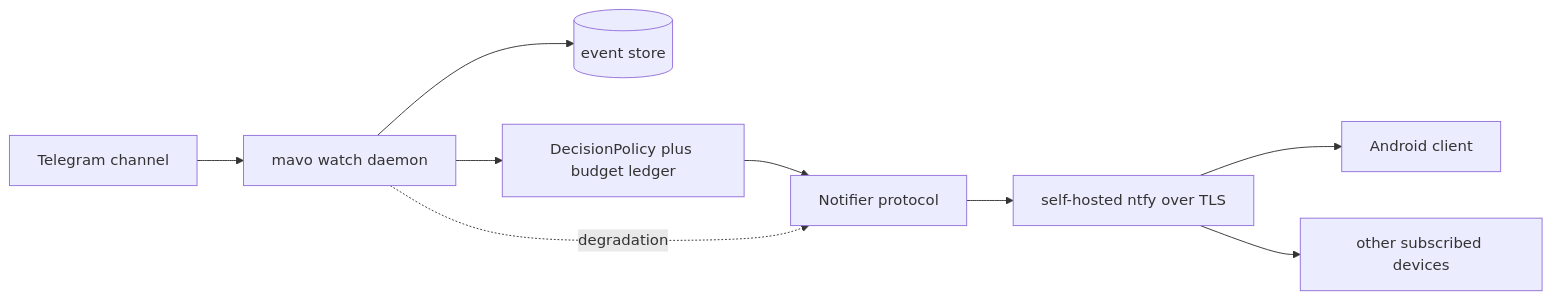
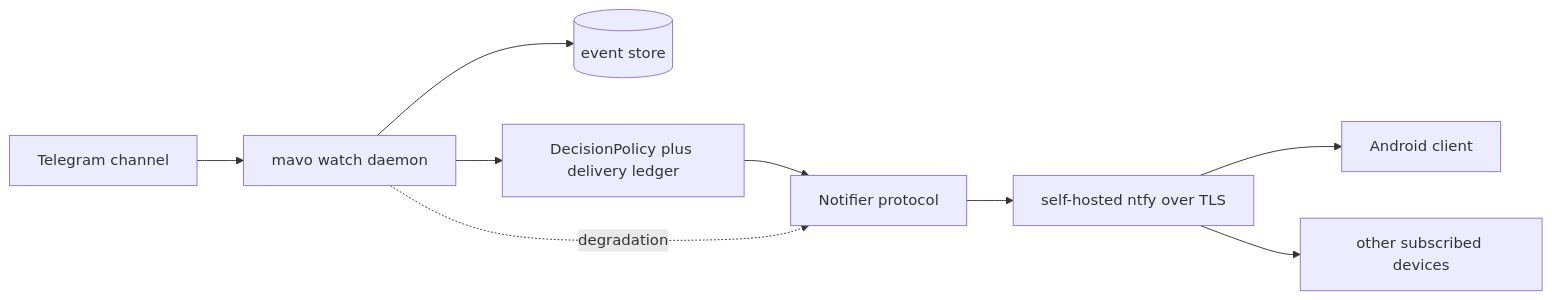
Before and after one commit to jerzy99jerzy/air-alert-early-warning: the diagram in docs/MOBILE.md, drawn with Mermaid. The commit also changed other lines of this file and 34 other files, not shown here.

````diff
--- a/docs/MOBILE.md
+++ b/docs/MOBILE.md
@@ -75,11 +78,11 @@
 ```mermaid
 flowchart LR
     CH[Telegram channel] --> W[mavo watch daemon]
     W --> ST[(event store)]
-    W --> DP[DecisionPolicy plus budget ledger]
+    W --> DP[DecisionPolicy plus delivery ledger]
     DP --> NT[Notifier protocol]
     NT --> NF[self-hosted ntfy over TLS]
     NF --> AND[Android client]
     NF --> OTH[other subscribed devices]
     W -. degradation .-> NT
 ```
````
